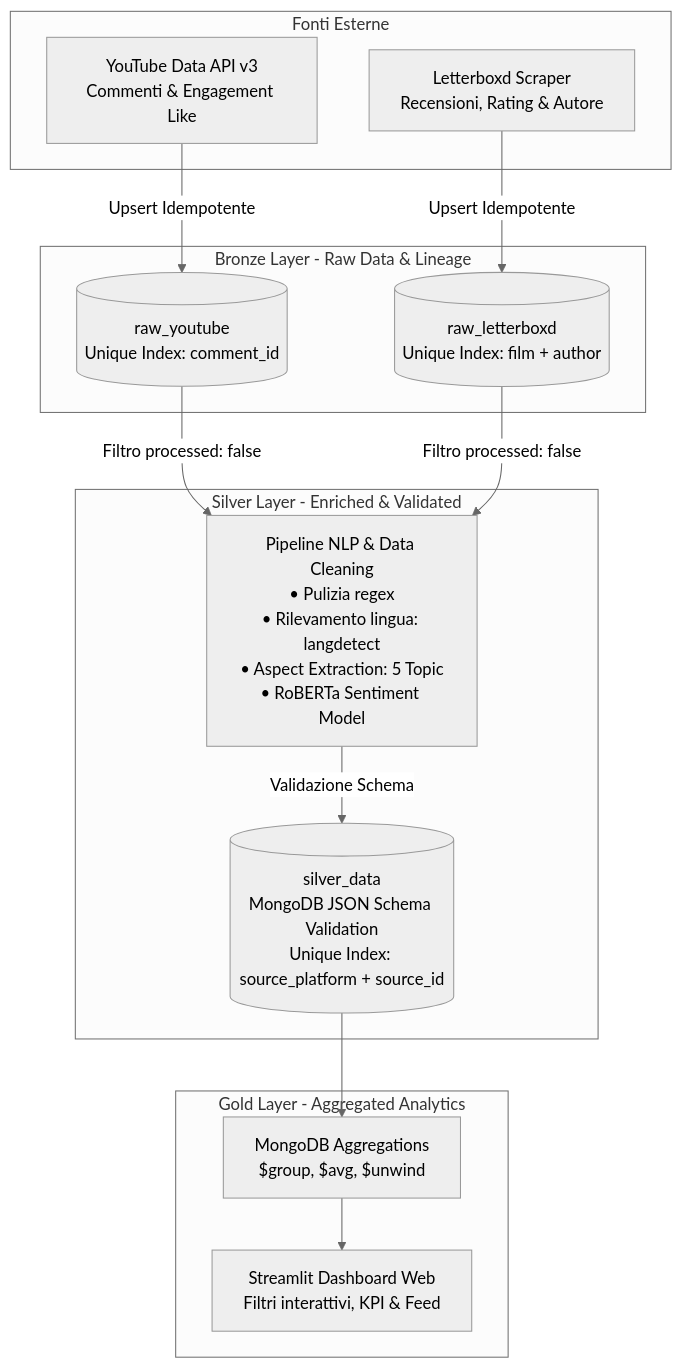
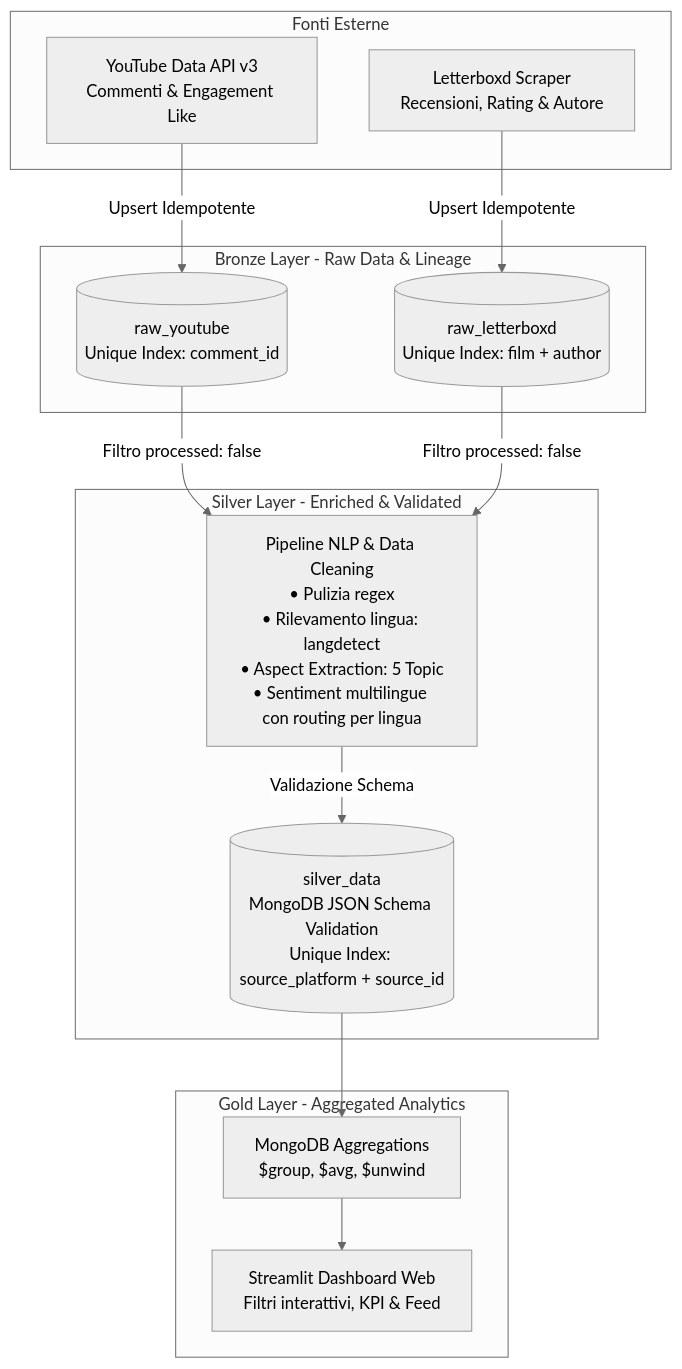
One commit to Marco967a/Sentiment_Analysis_Project changed the diagram in README.md. Above: the diagram before and after it, drawn with Mermaid (neutral theme). The commit also changed other lines of this file and 9 other files, not shown here.

First line of the commit message:
feat(nlp): routing del modello di sentiment per lingua (EN/multilingue)

````diff
--- a/README.md
+++ b/README.md
@@ -14,29 +14,29 @@
 ```mermaid
 flowchart TD
     subgraph Sources [Fonti Esterne]
         YT[YouTube Data API v3<br/>Commenti & Engagement Like]
         LB[Letterboxd Scraper<br/>Recensioni, Rating & Autore]
     end
 
     subgraph Bronze [Bronze Layer - Raw Data & Lineage]
         R_YT[(raw_youtube<br/>Unique Index: comment_id)]
         R_LB[(raw_letterboxd<br/>Unique Index: film + author)]
     end
 
     subgraph Silver [Silver Layer - Enriched & Validated]
-        NLP[Pipeline NLP & Data Cleaning<br/>• Pulizia regex<br/>• Rilevamento lingua: langdetect<br/>• Aspect Extraction: 5 Topic<br/>• RoBERTa Sentiment Model]
+        NLP[Pipeline NLP & Data Cleaning<br/>• Pulizia regex<br/>• Rilevamento lingua: langdetect<br/>• Aspect Extraction: 5 Topic<br/>• Sentiment multilingue con routing per lingua]
         S_DATA[(silver_data<br/>MongoDB JSON Schema Validation<br/>Unique Index: source_platform + source_id)]
     end
 
     subgraph Gold [Gold Layer - Aggregated Analytics]
         AGG[MongoDB Aggregations<br/>$group, $avg, $unwind]
         DASH[Streamlit Dashboard Web<br/>Filtri interattivi, KPI & Feed]
     end
 
     YT -->|Upsert Idempotente| R_YT
     LB -->|Upsert Idempotente| R_LB
     R_YT -->|Filtro processed: false| NLP
     R_LB -->|Filtro processed: false| NLP
     NLP -->|Validazione Schema| S_DATA
     S_DATA --> AGG --> DASH
 ```
````
